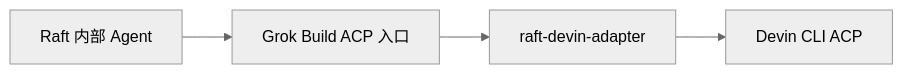
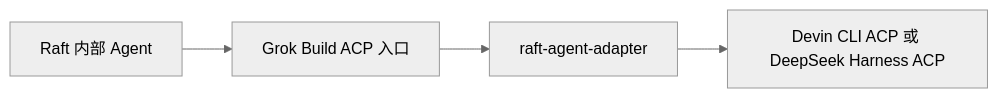
The diagram in README.zh-CN.md (CST18057/raft-agent-adapter), drawn with Mermaid (neutral theme) before and after one commit. The commit also changed other lines of this file and 27 other files, not shown here.

First line of the commit message:
feat: add DeepSeek Harness backend, rename to raft-agent-adapter

````diff
--- a/README.zh-CN.md
+++ b/README.zh-CN.md
@@ -12,6 +12,6 @@
 ```mermaid
 flowchart LR
     A[Raft 内部 Agent] --> B[Grok Build ACP 入口]
-    B --> C[raft-devin-adapter]
-    C --> D[Devin CLI ACP]
+    B --> C[raft-agent-adapter]
+    C --> D[Devin CLI ACP 或 DeepSeek Harness ACP]
 ```
````
